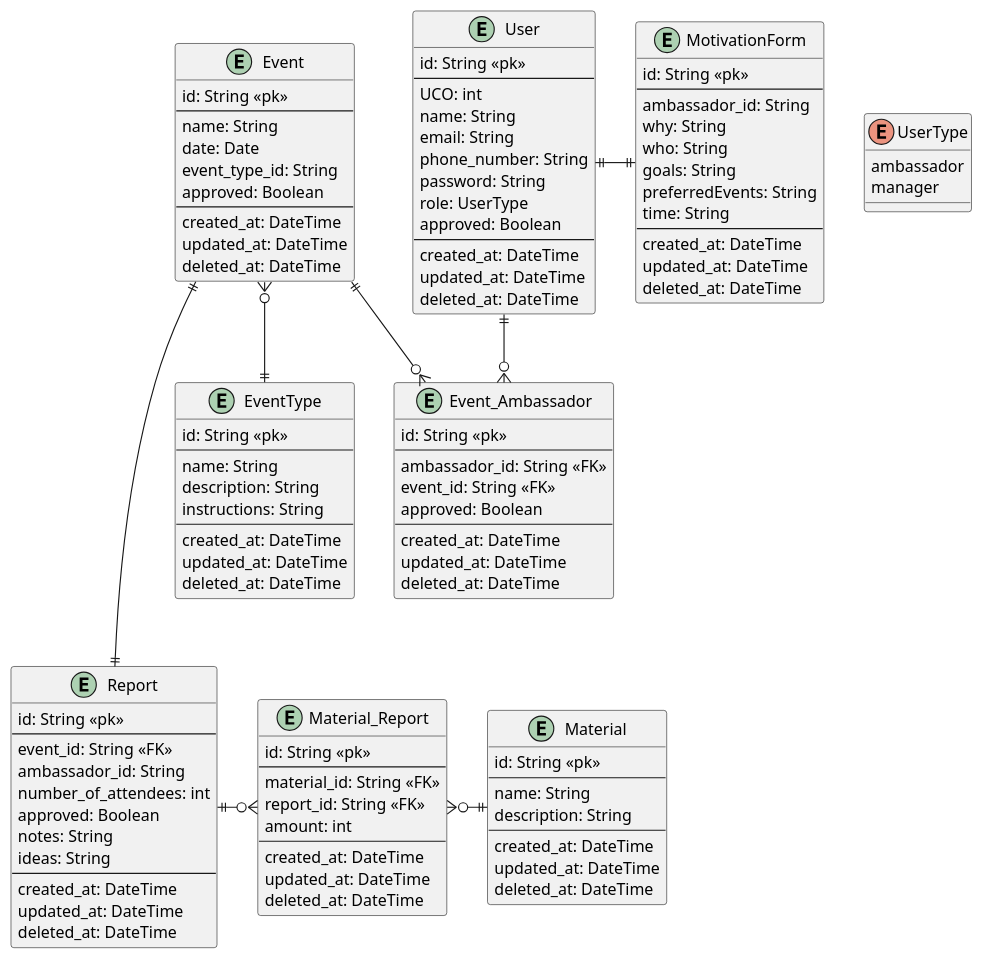
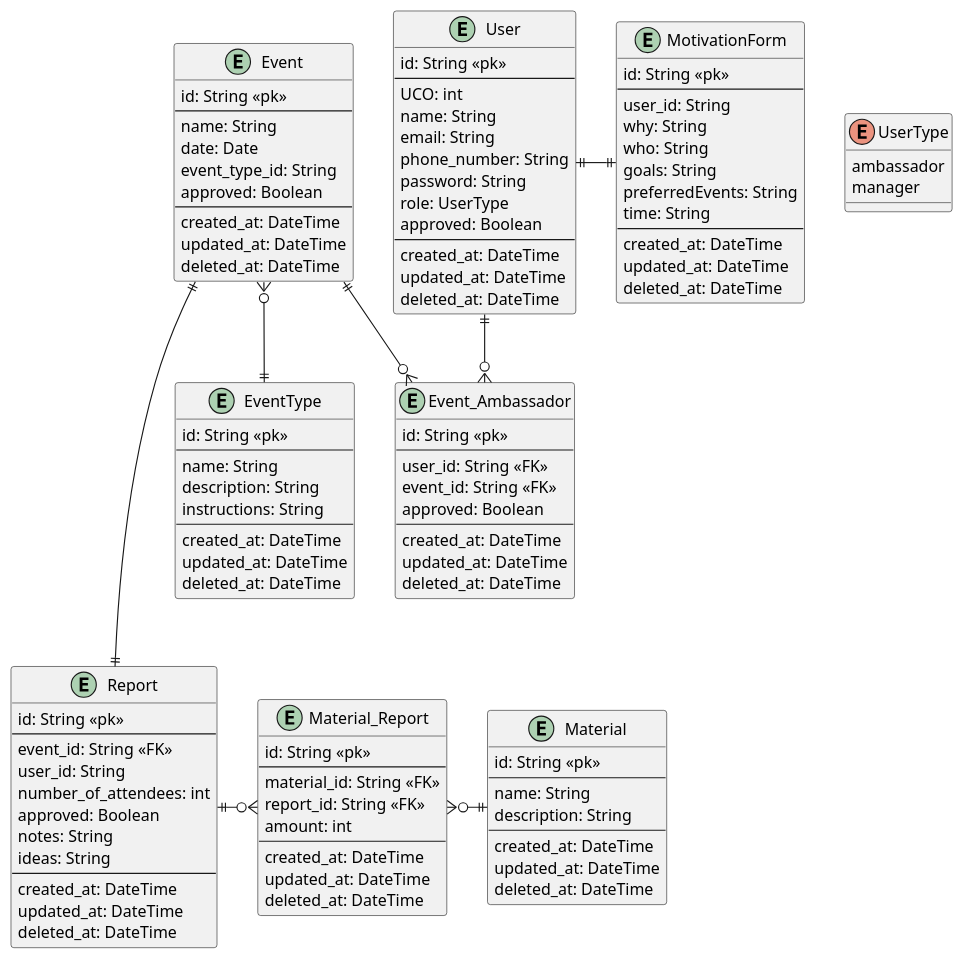
Before and after one commit to barhorkaa/ambassadors: the diagram in diagrams/erd.puml, drawn with PlantUML.

Commit message:
fix(erd/rename): renamed ambassador_id fields to user_id

```diff
--- a/diagrams/erd.puml
+++ b/diagrams/erd.puml
@@ -1,126 +1,126 @@
 @startuml
 'https://plantuml.com/entity-diagram
 
 entity MotivationForm {
   id: String <<pk>>
   --
-  ambassador_id: String
+  user_id: String
   'answers to questions
   why: String
   who: String
   goals: String
   preferredEvents: String
   time: String
   --
   created_at: DateTime
   updated_at: DateTime
   deleted_at: DateTime
 }
 
 entity User {
   id: String <<pk>>
   --
   UCO: int
   name: String
   email: String
   phone_number: String
   password: String
   role: UserType
   approved: Boolean
   --
   created_at: DateTime
   updated_at: DateTime
   deleted_at: DateTime
 }
 
 enum UserType {
   ambassador
   manager
 }
 
 entity Event {
   id: String <<pk>>
   --
   name: String
   date: Date
   event_type_id: String
   approved: Boolean
   --
   created_at: DateTime
   updated_at: DateTime
   deleted_at: DateTime
 }
 
 entity EventType {
   id: String <<pk>>
   --
   name: String
   description: String
   instructions: String
   --
   created_at: DateTime
   updated_at: DateTime
   deleted_at: DateTime
 }
 
 entity Event_Ambassador {
   id: String <<pk>>
   --
-  ambassador_id: String <<FK>>
+  user_id: String <<FK>>
   event_id: String <<FK>>
   approved: Boolean
   --
   created_at: DateTime
   updated_at: DateTime
   deleted_at: DateTime
 }
 
 entity Report {
   id: String <<pk>>
   --
   event_id: String <<FK>>
-  ambassador_id: String
+  user_id: String
   number_of_attendees: int
   approved: Boolean
 'photos
   notes: String
   ideas: String
   --
   created_at: DateTime
   updated_at: DateTime
   deleted_at: DateTime
 }
 
 entity Material_Report {
   id: String <<pk>>
   --
   material_id: String <<FK>>
   report_id: String <<FK>>
   amount: int
   --
   created_at: DateTime
   updated_at: DateTime
   deleted_at: DateTime
 }
 
 entity Material {
   id: String <<pk>>
   --
   name: String
   description: String
   --
   created_at: DateTime
   updated_at: DateTime
   deleted_at: DateTime
 }
 
 Report ||-o{ Material_Report
 Material_Report }o-|| Material
 Event ||---|| Report
 
 User ||-|| MotivationForm
 User ||--o{ Event_Ambassador
 Event ||--o{ Event_Ambassador
 Event }o--|| EventType
 
 @enduml
```
